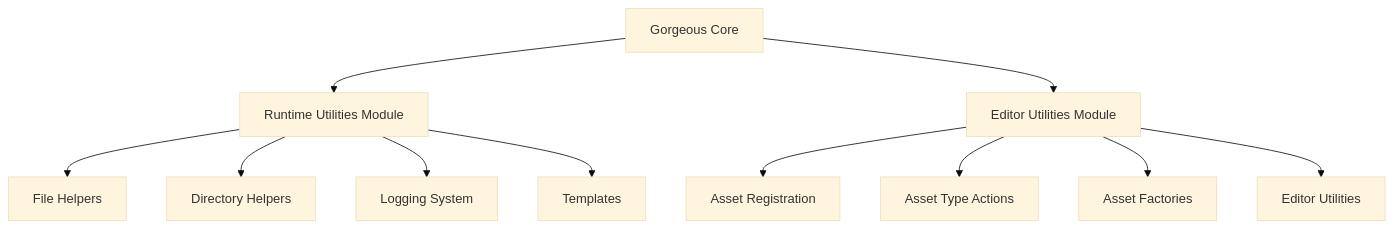
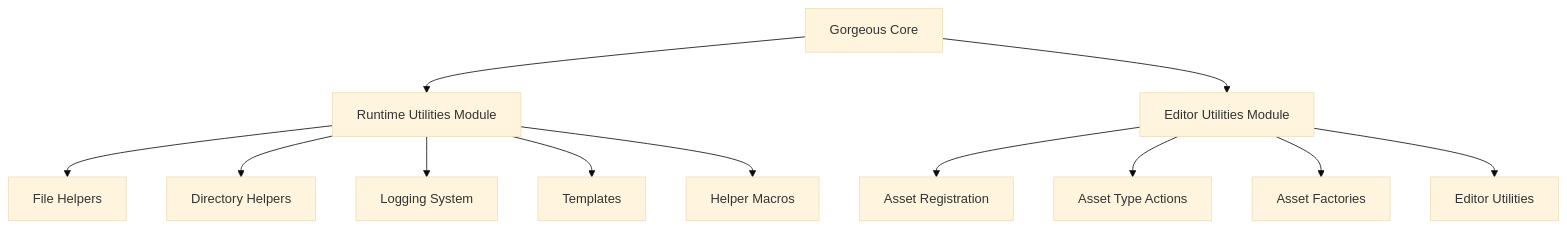
The second of 11 diagrams in GT-Core-Docs/docs/GorgeousCore/GT-C-Technical.md (Epic-Nova/Gorgeous-Core), drawn with Mermaid (base theme) before and after one commit. The commit also changed other lines of this file and 57 other files, not shown here.

````diff
--- a/GT-Core-Docs/docs/GorgeousCore/GT-C-Technical.md
+++ b/GT-Core-Docs/docs/GorgeousCore/GT-C-Technical.md
@@ -33,15 +35,16 @@
 ```mermaid
 graph TD
     A[Gorgeous Core] --> C[Runtime Utilities Module]
     A --> E[Editor Utilities Module]
     
     C --> C1[File Helpers]
     C --> C2[Directory Helpers]
     C --> C3[Logging System]
     C --> C4[Templates]
+    C --> C5[Helper Macros]
     
     E --> E1[Asset Registration]
     E --> E2[Asset Type Actions]
     E --> E3[Asset Factories]
     E --> E4[Editor Utilities]
 ```
````
